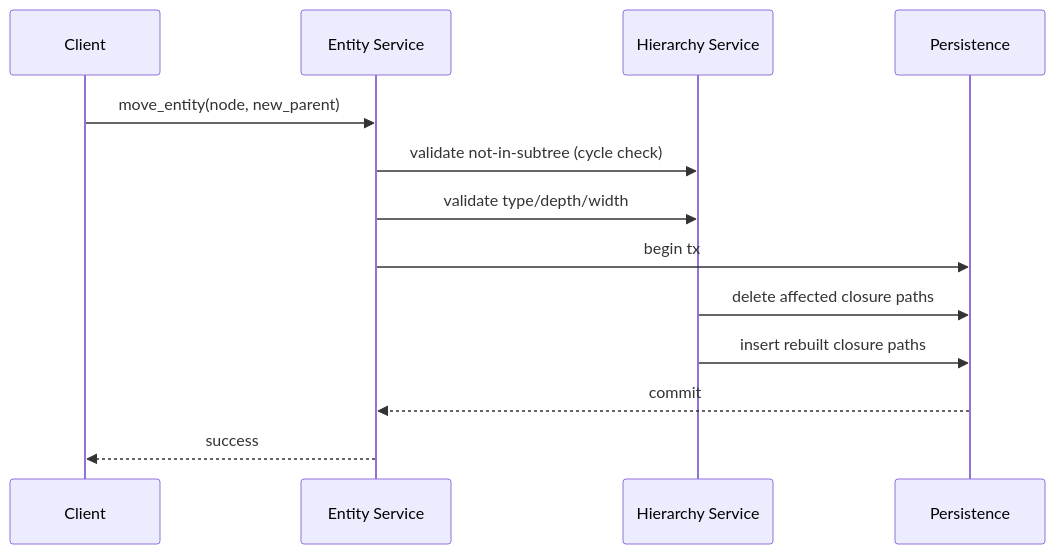
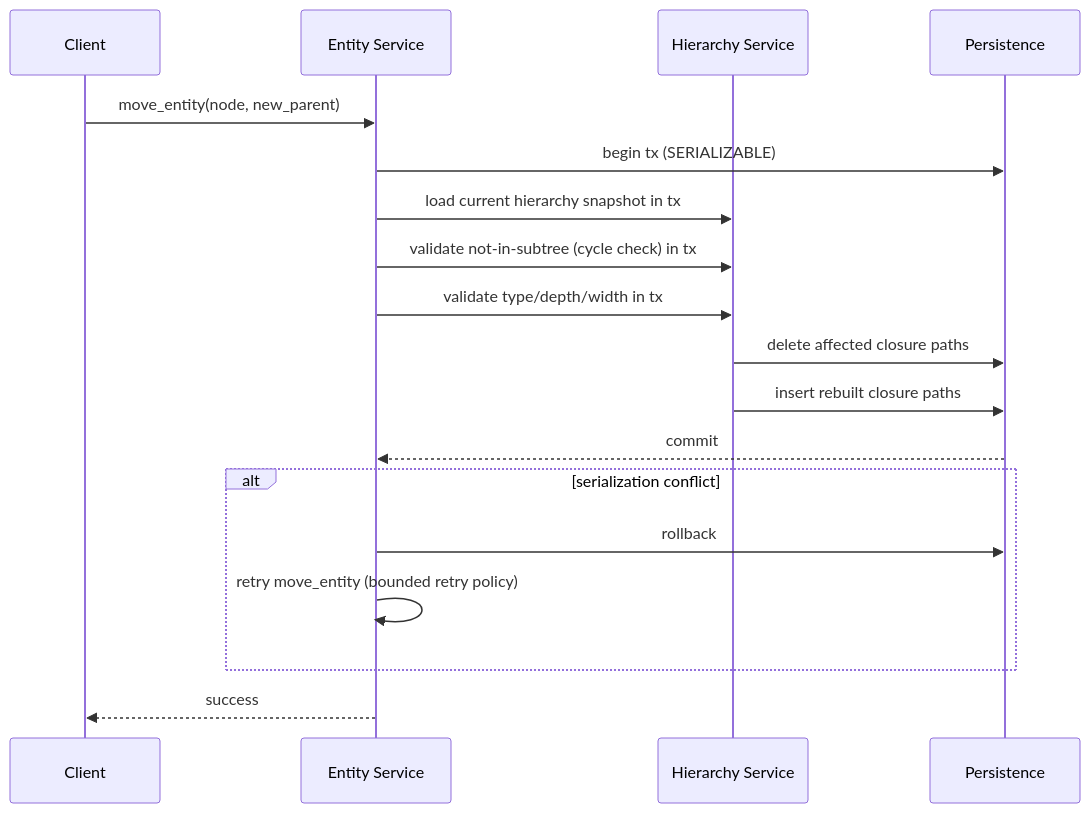
One commit to ffedoroff/cyberfabric-core changed the third of 4 diagrams in modules/system/resource-group/docs/DESIGN.md. Above: the diagram before and after it, drawn with Mermaid. The commit also changed other lines of this file and 1 other file, not shown here.

````diff
--- a/modules/system/resource-group/docs/DESIGN.md
+++ b/modules/system/resource-group/docs/DESIGN.md
@@ -622,16 +627,21 @@
 ```mermaid
 sequenceDiagram
     participant CL as Client
     participant ES as Entity Service
     participant HS as Hierarchy Service
     participant DB as Persistence
 
     CL->>ES: move_entity(node, new_parent)
-    ES->>HS: validate not-in-subtree (cycle check)
-    ES->>HS: validate type/depth/width
-    ES->>DB: begin tx
+    ES->>DB: begin tx (SERIALIZABLE)
+    ES->>HS: load current hierarchy snapshot in tx
+    ES->>HS: validate not-in-subtree (cycle check) in tx
+    ES->>HS: validate type/depth/width in tx
     HS->>DB: delete affected closure paths
     HS->>DB: insert rebuilt closure paths
     DB-->>ES: commit
+    alt serialization conflict
+        ES->>DB: rollback
+        ES->>ES: retry move_entity (bounded retry policy)
+    end
     ES-->>CL: success
 ```
````
